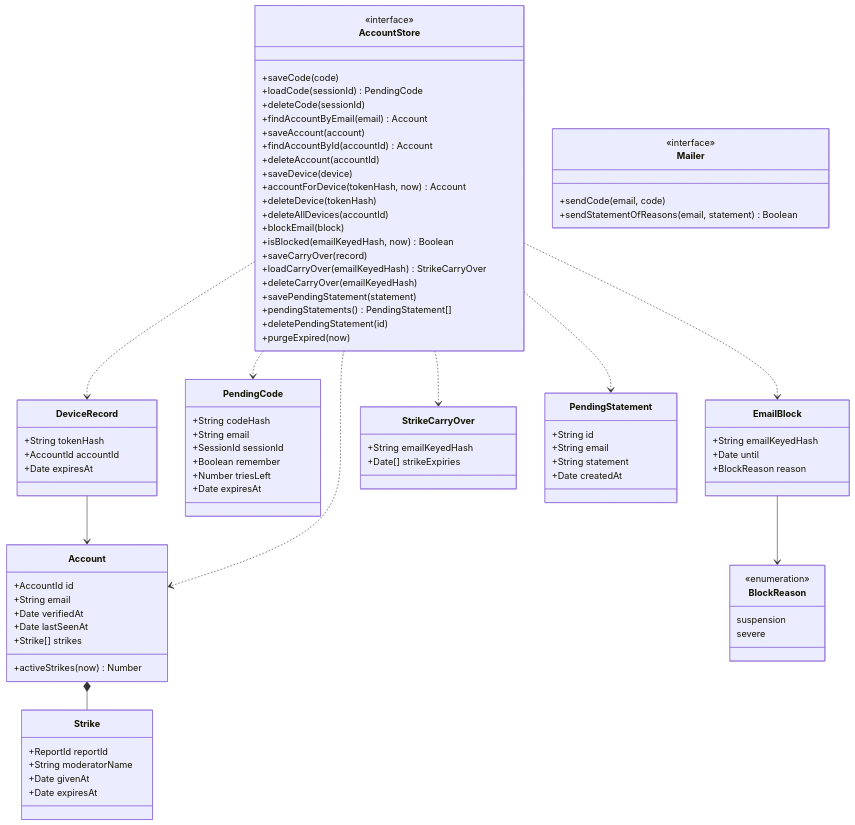
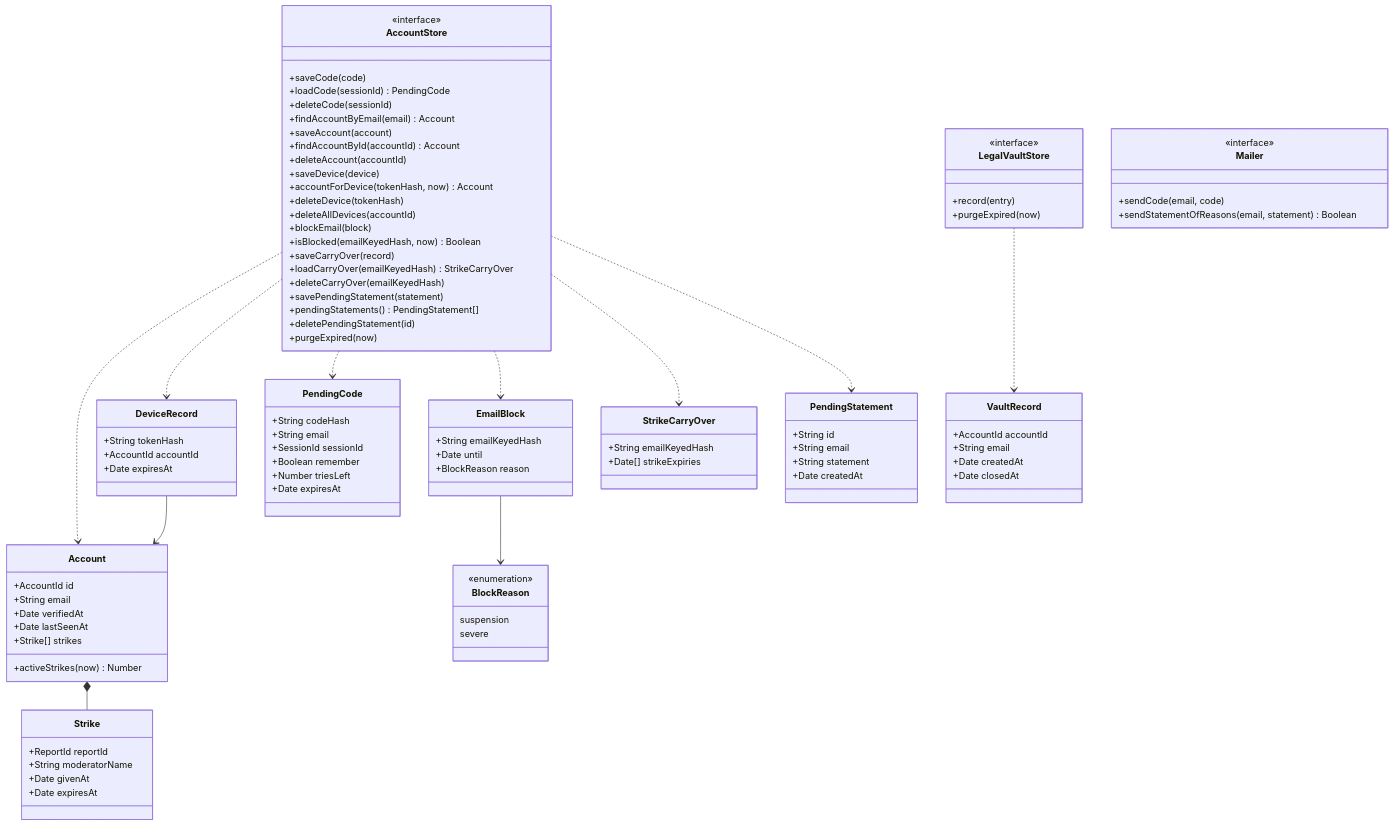
The diagram in docs/architecture/diagrams/accounts/04-class.md (benoit-bremaud/asv), drawn with Mermaid before and after one commit. The commit also changed other lines of this file and 28 other files, not shown here.

First line of the commit message:
docs(legal): apply review-local fixes, vault option D

````diff
--- a/docs/architecture/diagrams/accounts/04-class.md
+++ b/docs/architecture/diagrams/accounts/04-class.md
@@ -83,6 +83,17 @@
     +deletePendingStatement(id)
     +purgeExpired(now)
   }
+  class VaultRecord {
+    +AccountId accountId
+    +String email
+    +Date createdAt
+    +Date closedAt
+  }
+  class LegalVaultStore {
+    <<interface>>
+    +record(entry)
+    +purgeExpired(now)
+  }
   class Mailer {
     <<interface>>
     +sendCode(email, code)
@@ -97,4 +108,5 @@
   AccountStore ..> EmailBlock
   AccountStore ..> StrikeCarryOver
   AccountStore ..> PendingStatement
+  LegalVaultStore ..> VaultRecord
 ```
````
